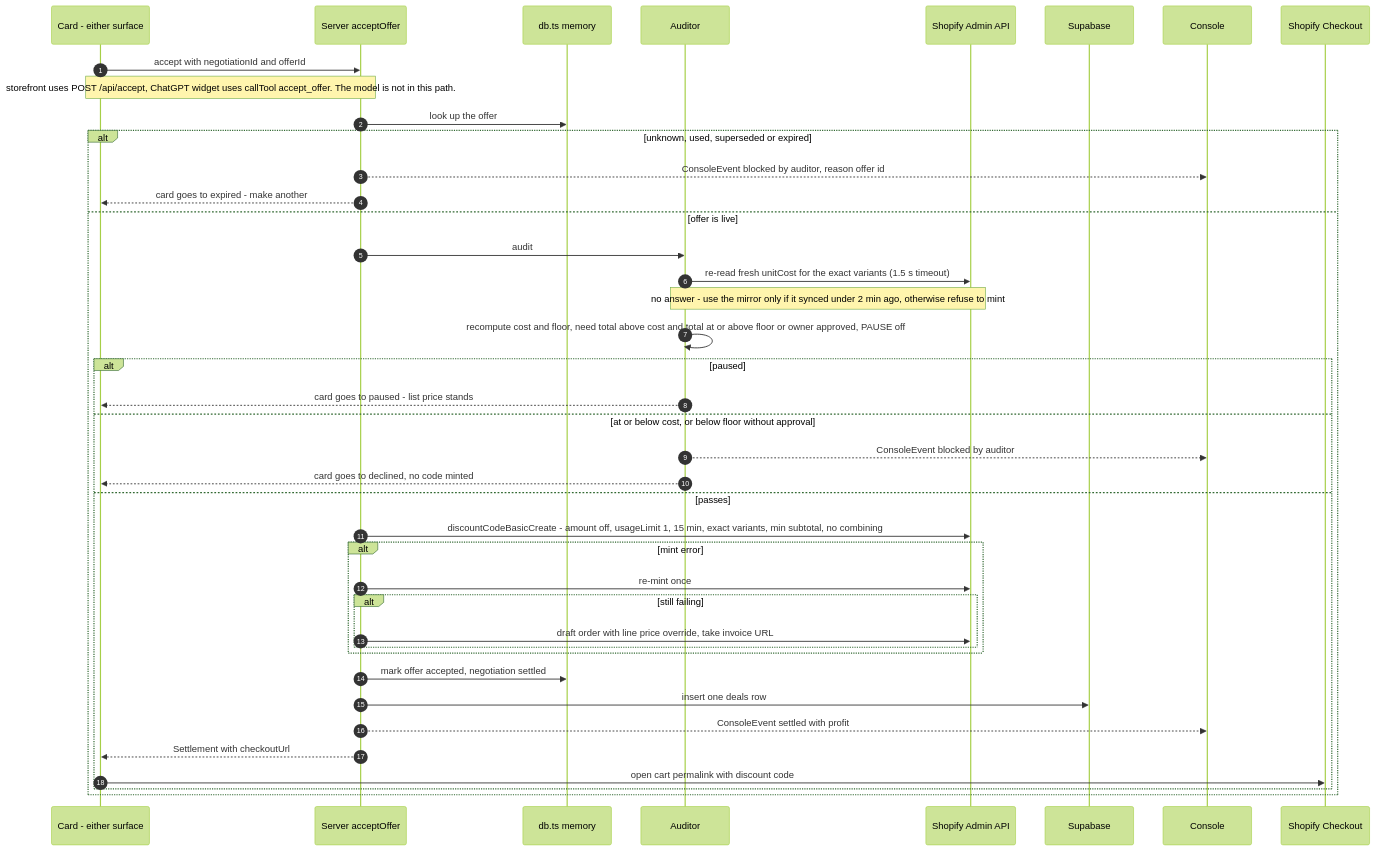
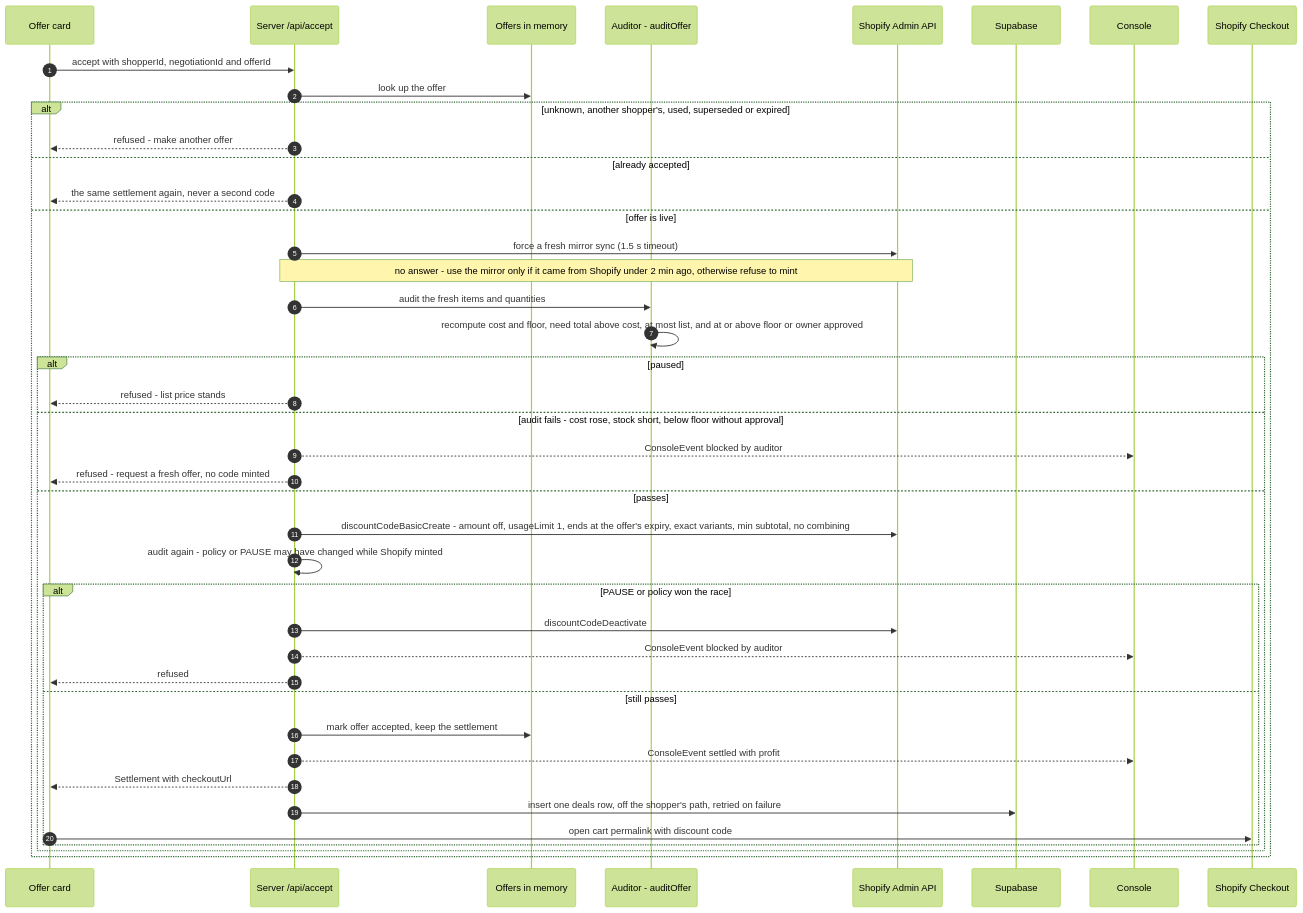
Before and after one commit to Maristanez/bazaar: the seventh of 22 diagrams in docs/ARCHITECTURE.md, drawn with Mermaid (forest theme). The commit also changed other lines of this file and 13 other files, not shown here.

````diff
--- a/docs/ARCHITECTURE.md
+++ b/docs/ARCHITECTURE.md
@@ -288,44 +277,45 @@
 ```mermaid
 sequenceDiagram
   autonumber
-  participant S as Card - either surface
-  participant A as Server acceptOffer
-  participant D as db.ts memory
-  participant U as Auditor
+  participant S as Offer card
+  participant A as Server /api/accept
+  participant D as Offers in memory
+  participant U as Auditor - auditOffer
   participant H as Shopify Admin API
   participant P as Supabase
   participant C as Console
   participant K as Shopify Checkout
 
-  S->>A: accept with negotiationId and offerId
-  Note over S,A: storefront uses POST /api/accept, ChatGPT widget uses callTool accept_offer. The model is not in this path.
+  S->>A: accept with shopperId, negotiationId and offerId
   A->>D: look up the offer
-  alt unknown, used, superseded or expired
-    A-->>C: ConsoleEvent blocked by auditor, reason offer id
-    A-->>S: card goes to expired - make another
+  alt unknown, another shopper's, used, superseded or expired
+    A-->>S: refused - make another offer
+  else already accepted
+    A-->>S: the same settlement again, never a second code
   else offer is live
-    A->>U: audit
-    U->>H: re-read fresh unitCost for the exact variants (1.5 s timeout)
-    Note over U,H: no answer - use the mirror only if it synced under 2 min ago, otherwise refuse to mint
-    U->>U: recompute cost and floor, need total above cost and total at or above floor or owner approved, PAUSE off
+    A->>H: force a fresh mirror sync (1.5 s timeout)
+    Note over A,H: no answer - use the mirror only if it came from Shopify under 2 min ago, otherwise refuse to mint
+    A->>U: audit the fresh items and quantities
+    U->>U: recompute cost and floor, need total above cost, at most list, and at or above floor or owner approved
     alt paused
-      U-->>S: card goes to paused - list price stands
-    else at or below cost, or below floor without approval
-      U-->>C: ConsoleEvent blocked by auditor
-      U-->>S: card goes to declined, no code minted
+      A-->>S: refused - list price stands
+    else audit fails - cost rose, stock short, below floor without approval
+      A-->>C: ConsoleEvent blocked by auditor
+      A-->>S: refused - request a fresh offer, no code minted
     else passes
-      A->>H: discountCodeBasicCreate - amount off, usageLimit 1, 15 min, exact variants, min subtotal, no combining
-      alt mint error
-        A->>H: re-mint once
-        alt still failing
-          A->>H: draft order with line price override, take invoice URL
-        end
+      A->>H: discountCodeBasicCreate - amount off, usageLimit 1, ends at the offer's expiry, exact variants, min subtotal, no combining
+      A->>A: audit again - policy or PAUSE may have changed while Shopify minted
+      alt PAUSE or policy won the race
+        A->>H: discountCodeDeactivate
+        A-->>C: ConsoleEvent blocked by auditor
+        A-->>S: refused
+      else still passes
+        A->>D: mark offer accepted, keep the settlement
+        A-->>C: ConsoleEvent settled with profit
+        A-->>S: Settlement with checkoutUrl
+        A->>P: insert one deals row, off the shopper's path, retried on failure
+        S->>K: open cart permalink with discount code
       end
-      A->>D: mark offer accepted, negotiation settled
-      A->>P: insert one deals row
-      A-->>C: ConsoleEvent settled with profit
-      A-->>S: Settlement with checkoutUrl
-      S->>K: open cart permalink with discount code
     end
   end
 ```
````
